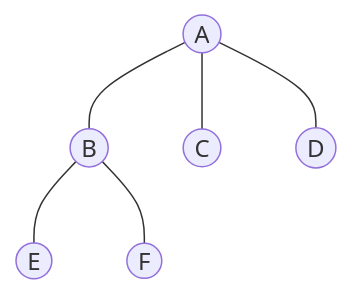
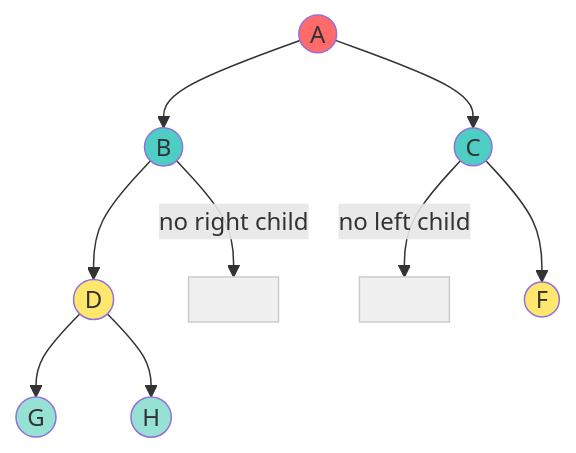
The fifth of 9 diagrams in tree/02_binary_tree_intro.md (ARYAN-KUMAR-22/dsa), drawn with Mermaid before and after one commit. The commit also changed other lines of this file, not shown here.

````diff
--- a/tree/02_binary_tree_intro.md
+++ b/tree/02_binary_tree_intro.md
@@ -62,8 +216,21 @@
 ```mermaid
 graph TD
-    A((A)) --- B((B))
-    A --- C((C))
-    A --- D((D))
-    B --- E((E))
-    B --- F((F))
+    A((A)) --> B((B))
+    A --> C((C))
+    B --> D((D))
+    B --> |no right child| E1[ ]
+    C --> |no left child| E2[ ]
+    C --> F((F))
+    D --> G((G))
+    D --> H((H))
+    
+    style A fill:#ff6b6b
+    style B fill:#4ecdc4
+    style C fill:#4ecdc4
+    style D fill:#ffe66d
+    style F fill:#ffe66d
+    style G fill:#95e1d3
+    style H fill:#95e1d3
+    style E1 fill:#f0f0f0,stroke:#ccc
+    style E2 fill:#f0f0f0,stroke:#ccc
 ```
````
